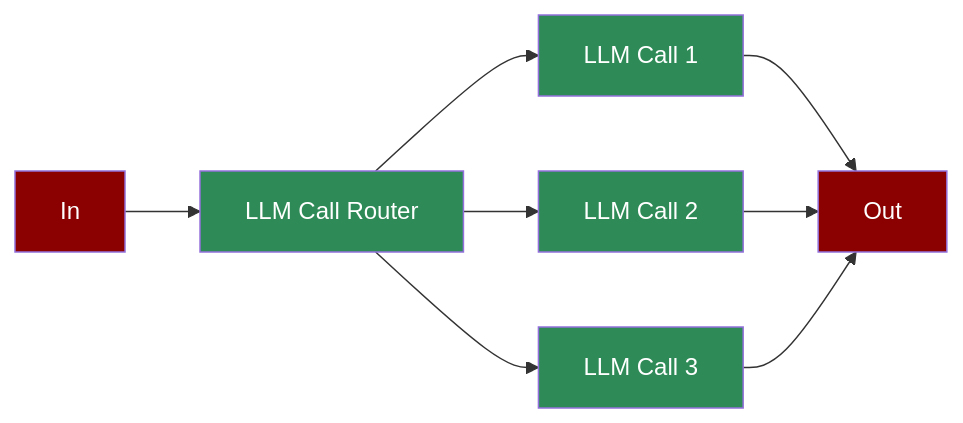
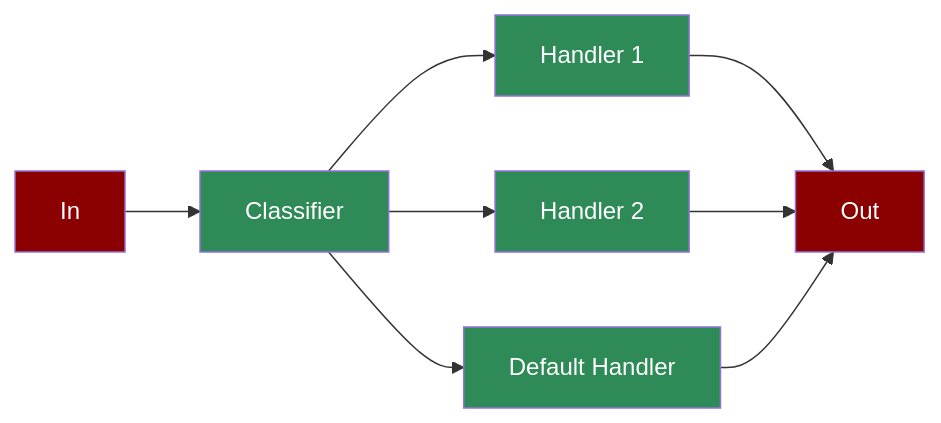
The diagram in docs/features/routing.mdx (MervinPraison/PraisonAIDocs), drawn with Mermaid before and after one commit. The commit also changed other lines of this file and 16 other files, not shown here.

````diff
--- a/docs/features/routing.mdx
+++ b/docs/features/routing.mdx
@@ -7,17 +7,17 @@
 ```mermaid
 flowchart LR
-    In[In] --> Router[LLM Call Router]
-    Router --> LLM1[LLM Call 1]
-    Router --> LLM2[LLM Call 2]
-    Router --> LLM3[LLM Call 3]
+    In[In] --> Router[Classifier]
+    Router --> LLM1[Handler 1]
+    Router --> LLM2[Handler 2]
+    Router --> LLM3[Default Handler]
     LLM1 --> Out[Out]
     LLM2 --> Out
     LLM3 --> Out
     
     style In fill:#8B0000,color:#fff
     style Router fill:#2E8B57,color:#fff
     style LLM1 fill:#2E8B57,color:#fff
     style LLM2 fill:#2E8B57,color:#fff
     style LLM3 fill:#2E8B57,color:#fff
     style Out fill:#8B0000,color:#fff
 ```
````
